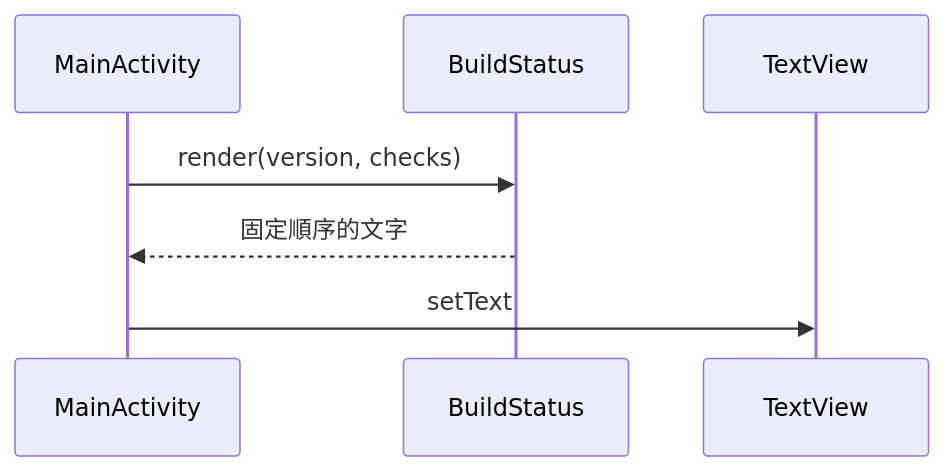
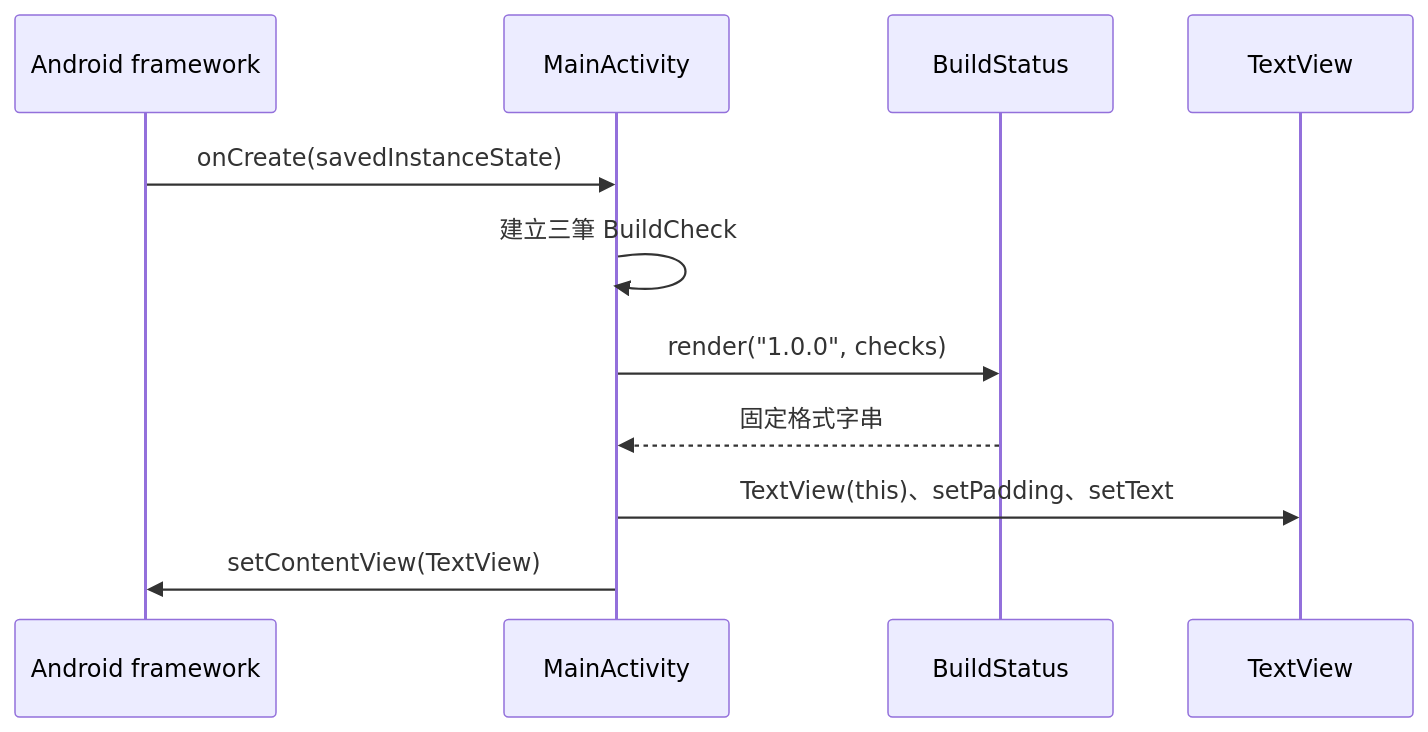
The third of 5 diagrams in examples/android-app/SAMPLE.md (JiaChangGit/ai_dev_platform-cicd-platform), drawn with Mermaid before and after one commit. The commit also changed other lines of this file and 28 other files, not shown here.

````diff
--- a/examples/android-app/SAMPLE.md
+++ b/examples/android-app/SAMPLE.md
@@ -5,9 +68,13 @@
 ```mermaid
 sequenceDiagram
+    participant OS as Android framework
     participant A as MainActivity
-    participant S as BuildStatus
-    participant V as TextView
-    A->>S: render(version, checks)
-    S-->>A: 固定順序的文字
-    A->>V: setText
+    participant B as BuildStatus
+    participant T as TextView
+    OS->>A: onCreate(savedInstanceState)
+    A->>A: 建立三筆 BuildCheck
+    A->>B: render("1.0.0", checks)
+    B-->>A: 固定格式字串
+    A->>T: TextView(this)、setPadding、setText
+    A->>OS: setContentView(TextView)
 ```
````
